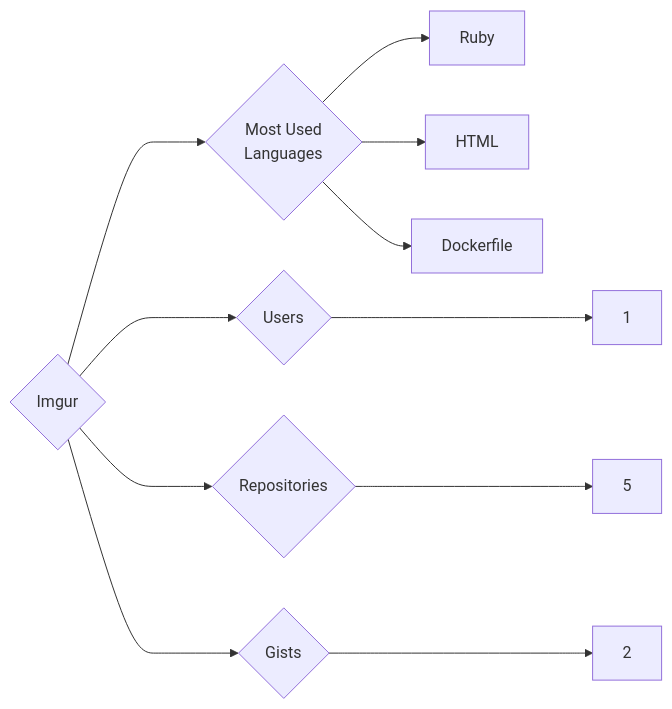
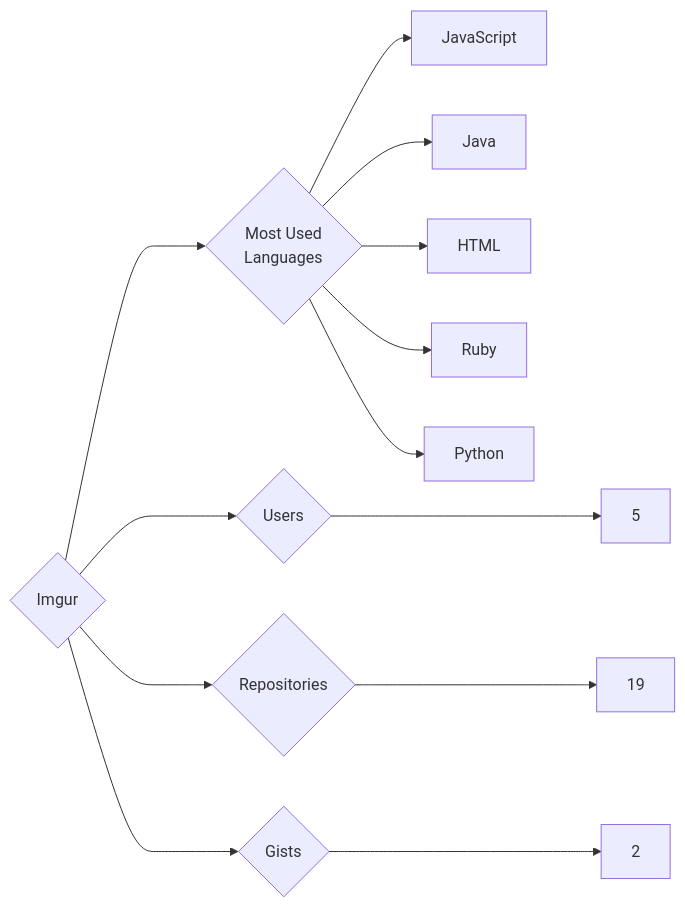
One commit to trickest/insiders changed the diagram in targets/Imgur/README.md. Above: the diagram before and after it, drawn with Mermaid. The commit also changed 1149 other files, not shown here.

````diff
--- a/targets/Imgur/README.md
+++ b/targets/Imgur/README.md
@@ -3,11 +3,13 @@
 ```mermaid
 graph LR
 COMPANY_NAME{Imgur}
-COMPANY_NAME ---> U{Users} ---> UN[1]
-COMPANY_NAME ---> R{Repositories} ---> RN[5]
+COMPANY_NAME ---> U{Users} ---> UN[5]
+COMPANY_NAME ---> R{Repositories} ---> RN[19]
 COMPANY_NAME ---> G{Gists} ---> GN[2]
 COMPANY_NAME ---> ML{Most Used<br>Languages}
+ML --> JavaScript[JavaScript]
+ML --> Java[Java]
+ML --> HTML[HTML]
 ML --> Ruby[Ruby]
-ML --> HTML[HTML]
-ML --> Dockerfile[Dockerfile]
+ML --> Python[Python]
 ```
````
